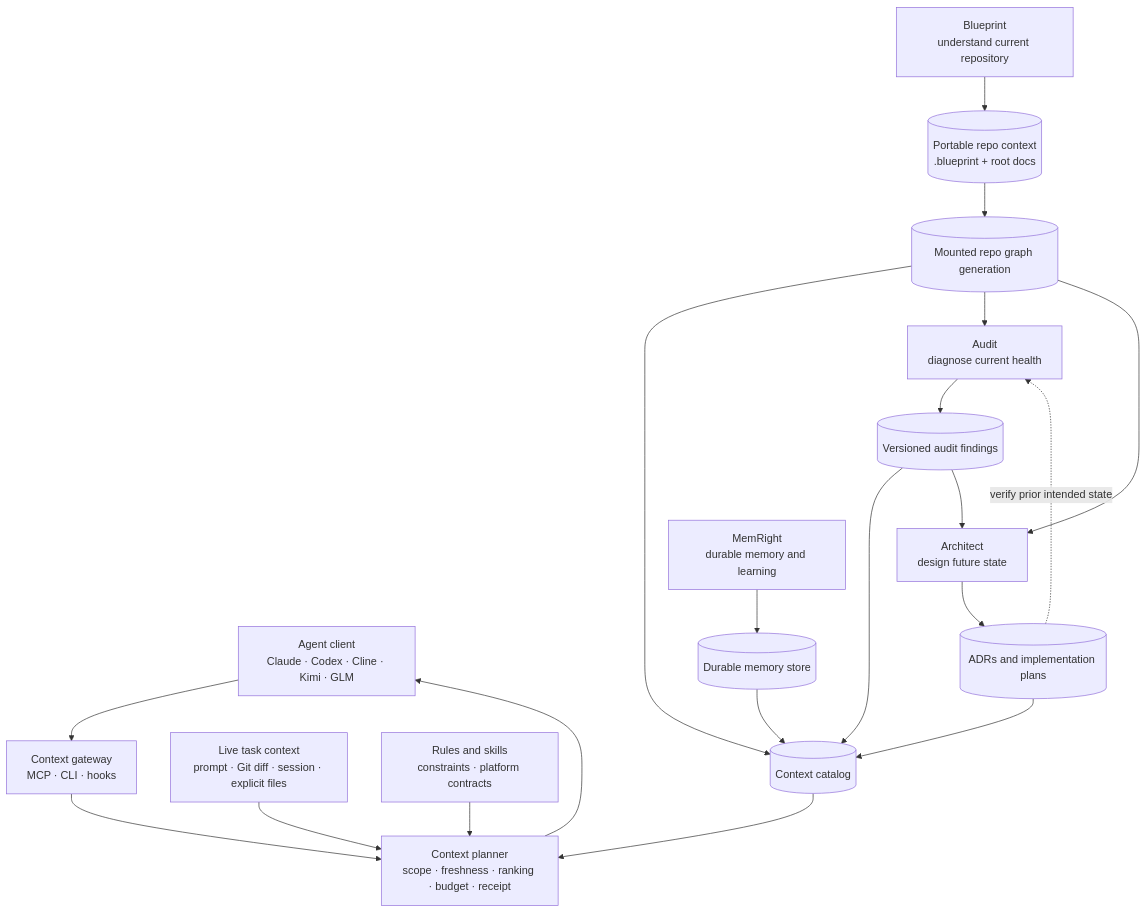
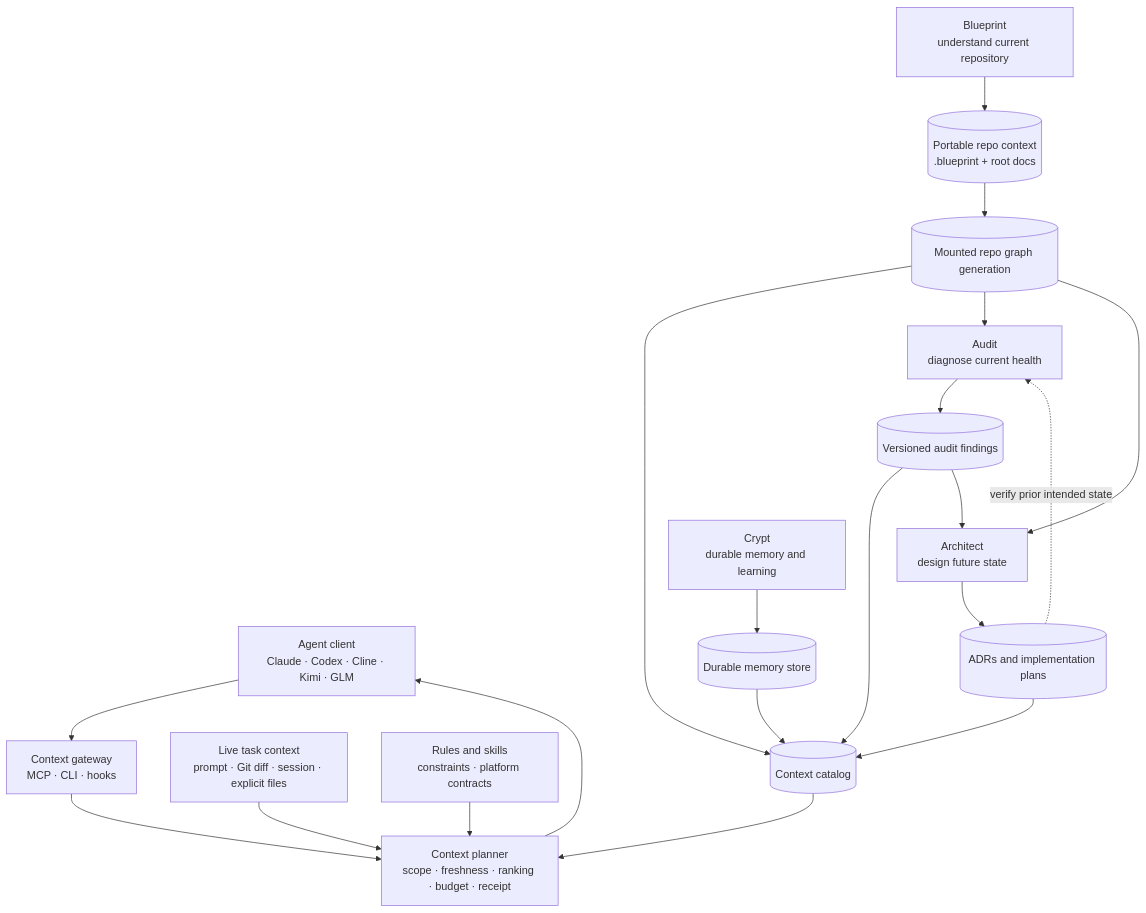
Before and after one commit to Orthic-Labs/Membrane: the diagram in docs/UNIFIED-CONTEXT-SYSTEM-ARCHITECTURE.md, drawn with Mermaid. The commit also changed other lines of this file and 208 other files, not shown here.

````diff
--- a/docs/UNIFIED-CONTEXT-SYSTEM-ARCHITECTURE.md
+++ b/docs/UNIFIED-CONTEXT-SYSTEM-ARCHITECTURE.md
@@ -63,38 +63,38 @@
 ```mermaid
 flowchart TD
     Client["Agent client<br/>Claude · Codex · Cline · Kimi · GLM"]
     Gateway["Context gateway<br/>MCP · CLI · hooks"]
     Planner["Context planner<br/>scope · freshness · ranking · budget · receipt"]
 
     Blueprint["Blueprint<br/>understand current repository"]
     Audit["Audit<br/>diagnose current health"]
     Architect["Architect<br/>design future state"]
-    Memory["MemRight<br/>durable memory and learning"]
+    Memory["Crypt<br/>durable memory and learning"]
     Live["Live task context<br/>prompt · Git diff · session · explicit files"]
     Rules["Rules and skills<br/>constraints · platform contracts"]
 
     Repo[("Portable repo context<br/>.blueprint + root docs")]
     Catalog[("Context catalog")]
     Graph[("Mounted repo graph generation")]
     Findings[("Versioned audit findings")]
     Plans[("ADRs and implementation plans")]
     Memories[("Durable memory store")]
 
     Client --> Gateway --> Planner
     Planner --> Client
 
     Blueprint --> Repo
     Repo --> Graph
     Graph --> Catalog
     Audit --> Findings --> Catalog
     Architect --> Plans --> Catalog
     Memory --> Memories --> Catalog
     Live --> Planner
     Rules --> Planner
     Catalog --> Planner
 
     Graph --> Audit
     Graph --> Architect
     Findings --> Architect
     Plans -. "verify prior intended state" .-> Audit
 ```
````
